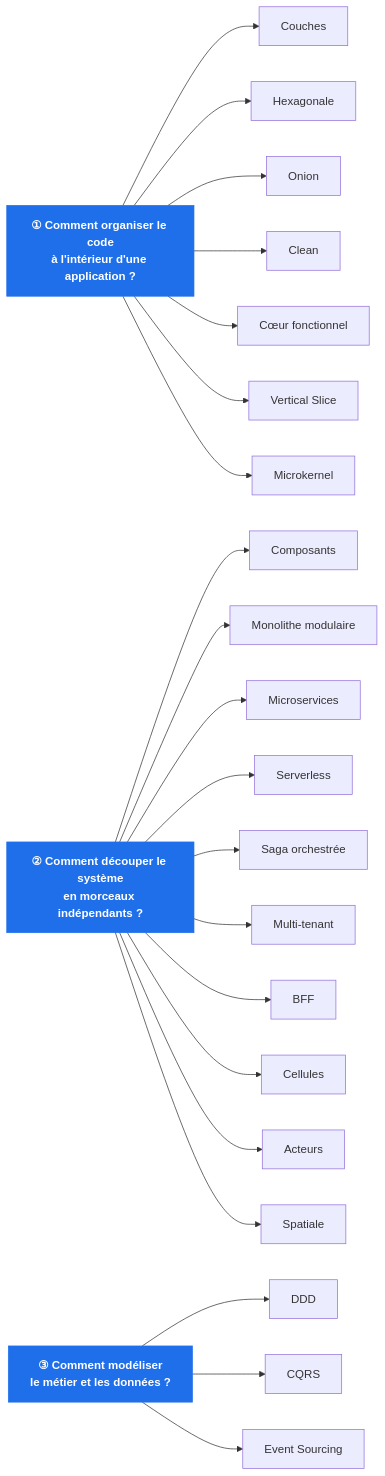
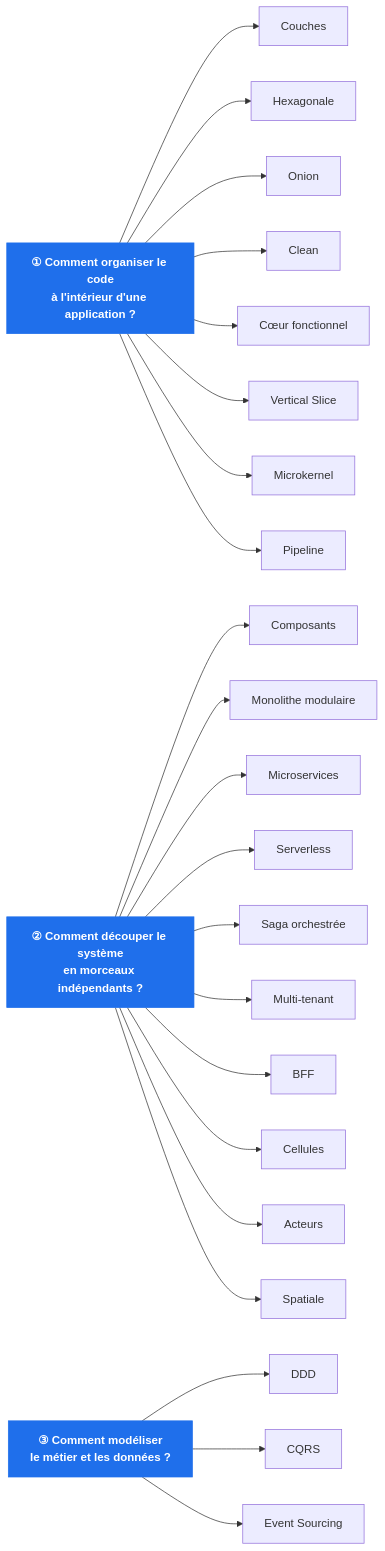
Before and after one commit to drangoht/ArchitecturesDemo: the first of 4 diagrams in Docs/README.md, drawn with Mermaid. The commit also changed other lines of this file and 26 other files, not shown here.

````diff
--- a/Docs/README.md
+++ b/Docs/README.md
@@ -46,32 +47,33 @@
 ```mermaid
 flowchart LR
     Q1["<b>① Comment organiser le code<br/>à l'intérieur d'une application ?</b>"]
     Q2["<b>② Comment découper le système<br/>en morceaux indépendants ?</b>"]
     Q3["<b>③ Comment modéliser<br/>le métier et les données ?</b>"]
 
     Q1 --> C0["Couches"]
     Q1 --> C1["Hexagonale"]
     Q1 --> C2["Onion"]
     Q1 --> C3["Clean"]
     Q1 --> C4["Cœur fonctionnel"]
     Q1 --> C5["Vertical Slice"]
     Q1 --> C13["Microkernel"]
+    Q1 --> C20["Pipeline"]
 
     Q2 --> D6["Composants"]
     Q2 --> D7["Monolithe modulaire"]
     Q2 --> D8["Microservices"]
     Q2 --> D12["Serverless"]
     Q2 --> D14["Saga orchestrée"]
     Q2 --> D15["Multi-tenant"]
     Q2 --> D16["BFF"]
     Q2 --> D17["Cellules"]
     Q2 --> D18["Acteurs"]
     Q2 --> D19["Spatiale"]
 
     Q3 --> M11["DDD"]
     Q3 --> M9["CQRS"]
     Q3 --> M10["Event Sourcing"]
 
     classDef q fill:#1f6feb,color:#fff,stroke:#1f6feb
     class Q1,Q2,Q3 q
 ```
````
